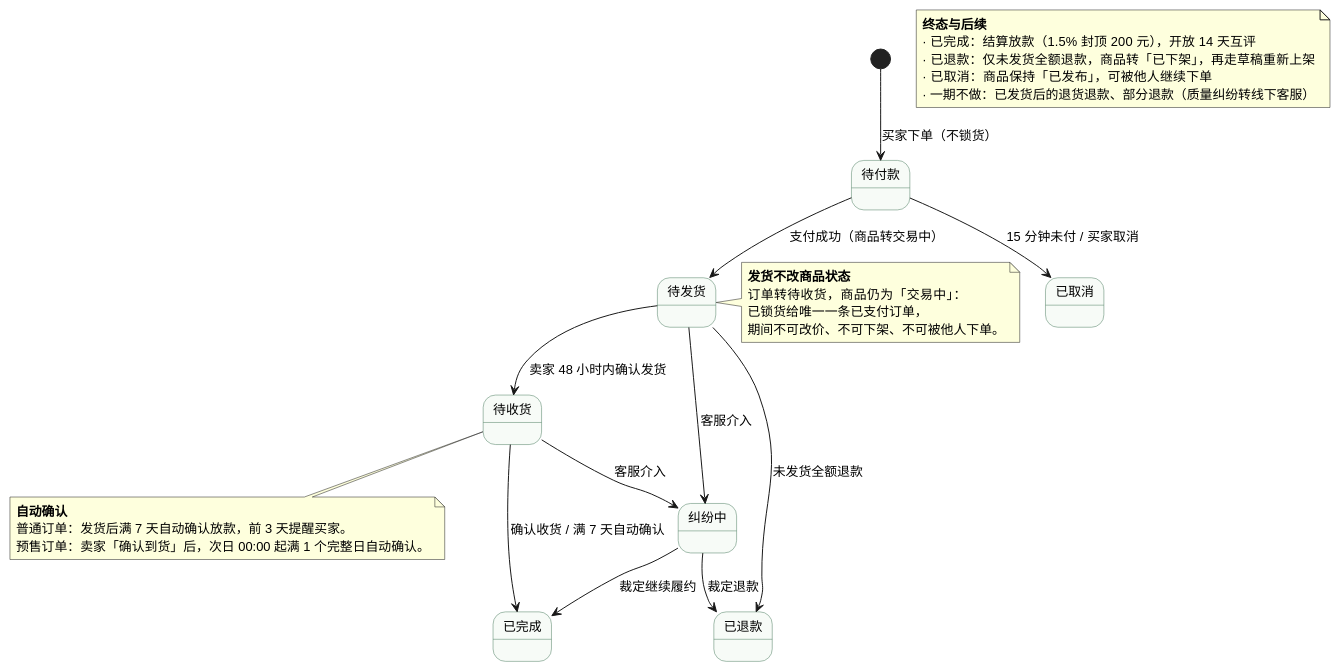
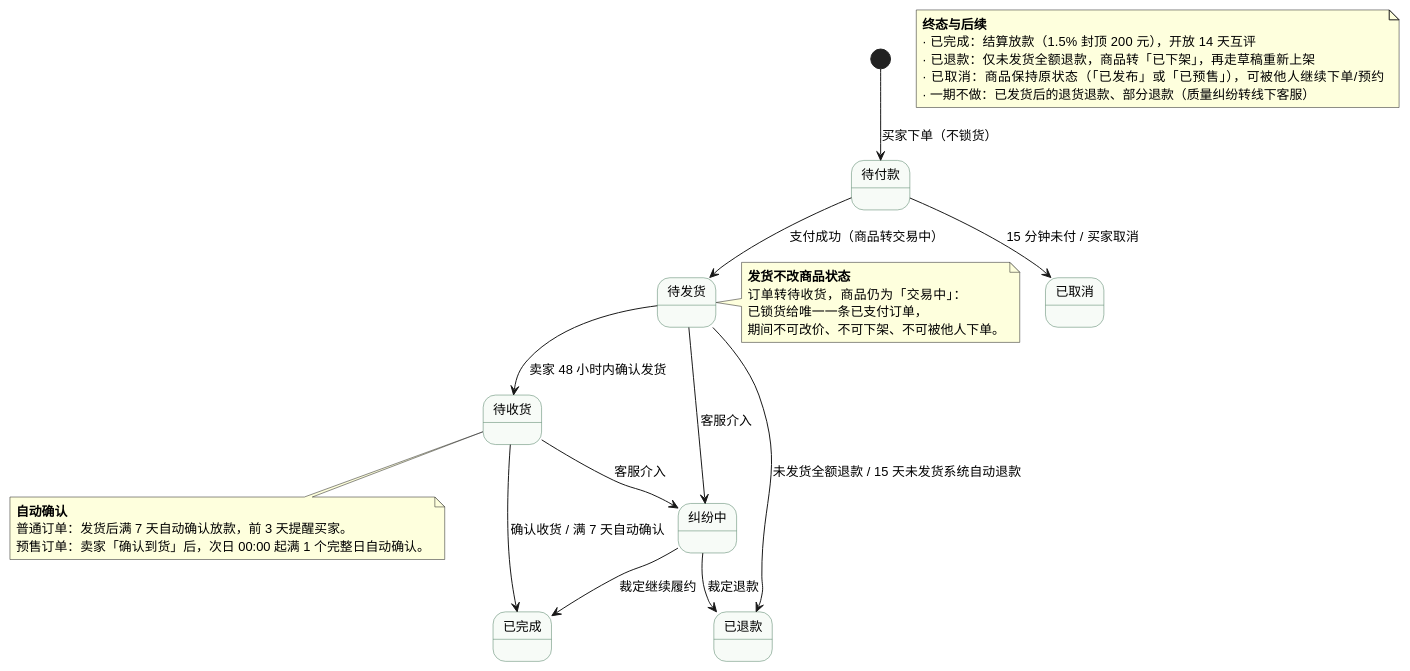
The diagram in lab02/UML/订单状态图.puml (XuHR233/SE-lab1-requirements), drawn with PlantUML before and after one commit. The commit also changed 15 other files, not shown here.

Commit message:
按需求逐条复核全部 UML 图：类图补结算记录/纠纷工单与角色枚举，活动图2 补 15 天自动退款与客服介入分支，订单状态图补自动退款与预售取消口径，用例图补客服说明

```diff
--- a/lab02/UML/订单状态图.puml
+++ b/lab02/UML/订单状态图.puml
@@ -1,60 +1,60 @@
 @startuml
 ' 实验二 · 二手交易系统 · 订单（交易）状态图
 ' 依据：REQ-013 支付锁货 / REQ-014 支付超时 / REQ-015 发货与超时 / REQ-016 收货与退款 / REQ-019 客服介入
 ' 与「商品状态图」互补：商品状态只表达能否被买卖，履约细节记在订单状态；
 ' 支付成功后商品转「交易中」并保持不变，直到订单终结才转「已售出」——发货不改变商品状态。
 skinparam defaultFontName "Microsoft YaHei"
 skinparam defaultFontSize 13
 skinparam shadowing false
 skinparam nodesep 26
 skinparam ranksep 34
 skinparam state {
   BackgroundColor #F7FBF7
   BorderColor #4B7A5E
 }
 
 state "待付款" as O1
 state "待发货" as O2
 state "待收货" as O3
 state "已完成" as O4
 state "已取消" as O5
 state "已退款" as O6
 state "纠纷中" as O7
 
 [*] --> O1 : 买家下单（不锁货）
 
 O1 --> O2 : 支付成功（商品转交易中）
 O1 --> O5 : 15 分钟未付 / 买家取消
 
 O2 --> O3 : 卖家 48 小时内确认发货
-O2 --> O6 : 未发货全额退款
+O2 --> O6 : 未发货全额退款 / 15 天未发货系统自动退款
 O2 --> O7 : 客服介入
 
 O3 --> O4 : 确认收货 / 满 7 天自动确认
 O3 --> O7 : 客服介入
 
 O7 --> O6 : 裁定退款
 O7 --> O4 : 裁定继续履约
 
 note right of O2
   <b>发货不改商品状态</b>
   订单转待收货，商品仍为「交易中」：
   已锁货给唯一一条已支付订单，
   期间不可改价、不可下架、不可被他人下单。
 end note
 
 note bottom of O3
   <b>自动确认</b>
   普通订单：发货后满 7 天自动确认放款，前 3 天提醒买家。
   预售订单：卖家「确认到货」后，次日 00:00 起满 1 个完整日自动确认。
 end note
 
 note as TAIL
   <b>终态与后续</b>
   · 已完成：结算放款（1.5% 封顶 200 元），开放 14 天互评
   · 已退款：仅未发货全额退款，商品转「已下架」，再走草稿重新上架
-  · 已取消：商品保持「已发布」，可被他人继续下单
+  · 已取消：商品保持原状态（「已发布」或「已预售」），可被他人继续下单/预约
   · 一期不做：已发货后的退货退款、部分退款（质量纠纷转线下客服）
 end note
 
 @enduml
```
